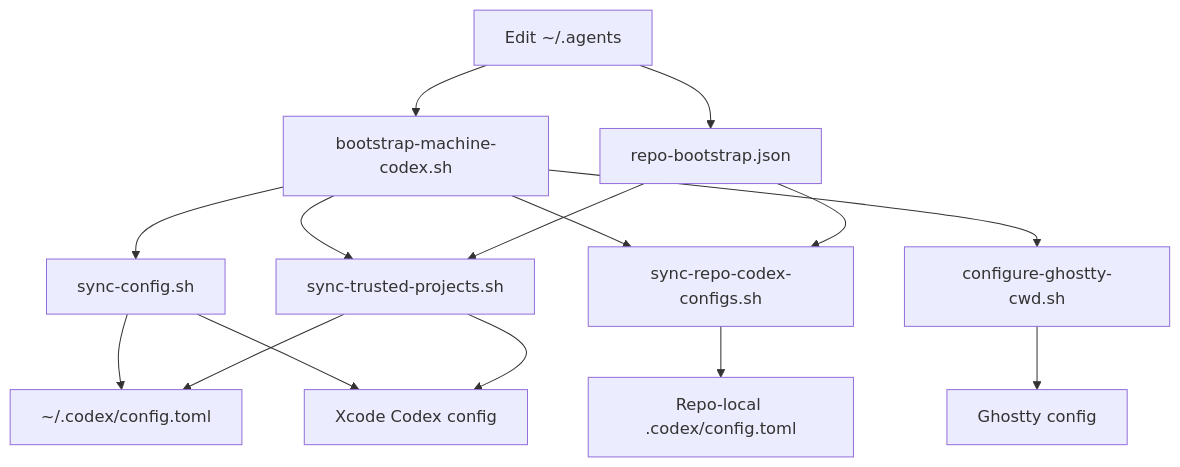
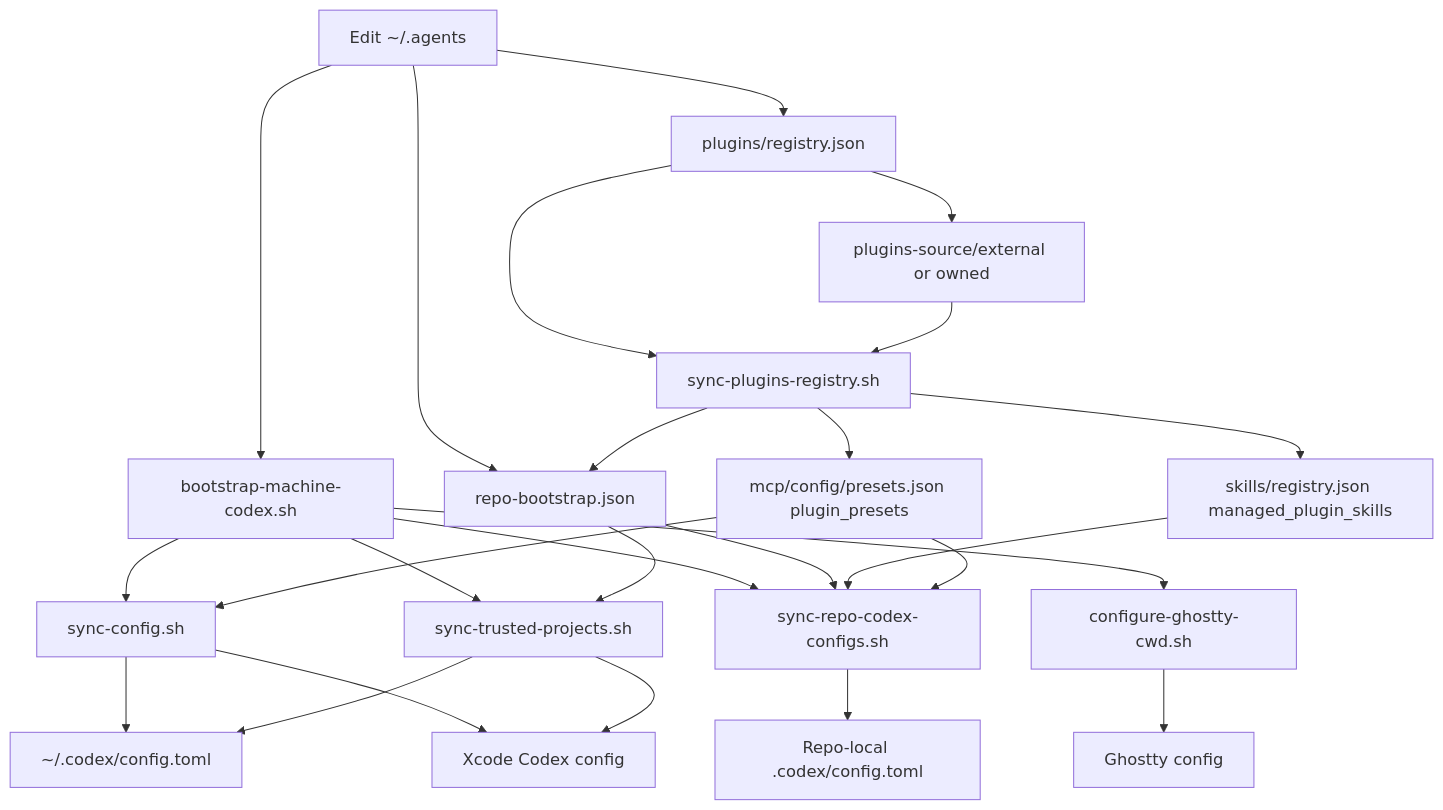
Before and after one commit to wisdom-in-a-nutshell/.agents: the second of 3 diagrams in docs/architecture/codex-control-plane.md, drawn with Mermaid. The commit also changed other lines of this file and 12 other files, not shown here.

````diff
--- a/docs/architecture/codex-control-plane.md
+++ b/docs/architecture/codex-control-plane.md
@@ -35,17 +42,27 @@
 ```mermaid
 flowchart TD
     A[Edit ~/.agents] --> B[bootstrap-machine-codex.sh]
+    A --> P[plugins/registry.json]
     A --> R[repo-bootstrap.json]
+    P --> Q[sync-plugins-registry.sh]
+    P --> S[plugins-source/external or owned]
+    S --> Q
     B --> C[sync-config.sh]
     B --> D[sync-trusted-projects.sh]
     B --> E[sync-repo-codex-configs.sh]
     B --> F[configure-ghostty-cwd.sh]
+    Q --> T[skills/registry.json managed_plugin_skills]
+    Q --> U[mcp/config/presets.json plugin_presets]
+    Q --> R
     C --> G[~/.codex/config.toml]
     C --> H[Xcode Codex config]
     R --> D
     R --> E
+    T --> E
+    U --> C
+    U --> E
     D --> G
     D --> H
     E --> I[Repo-local .codex/config.toml]
     F --> J[Ghostty config]
 ```
````
